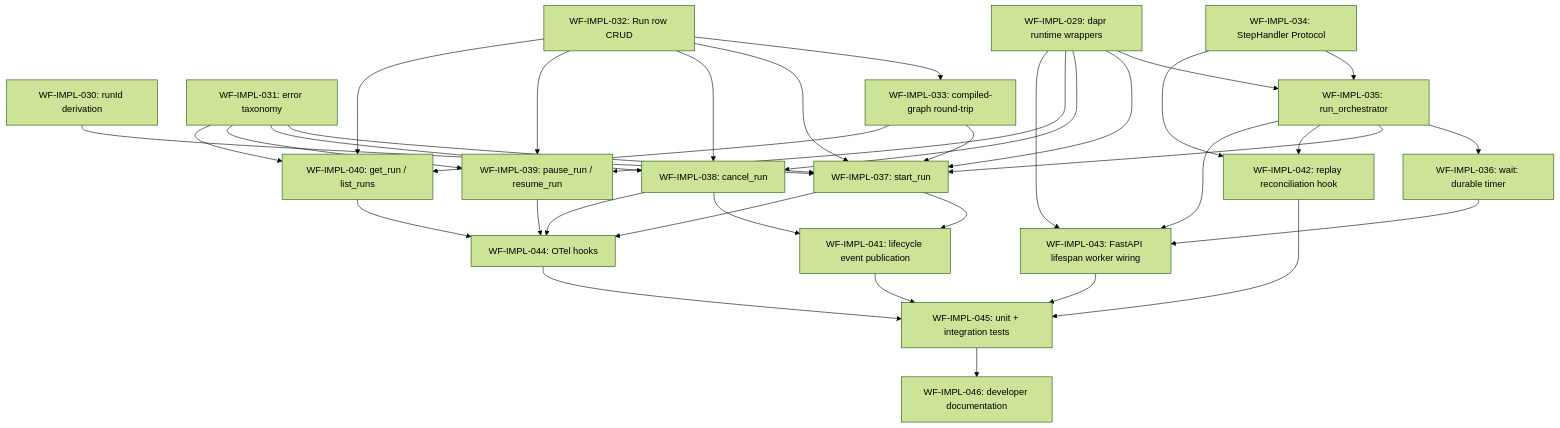
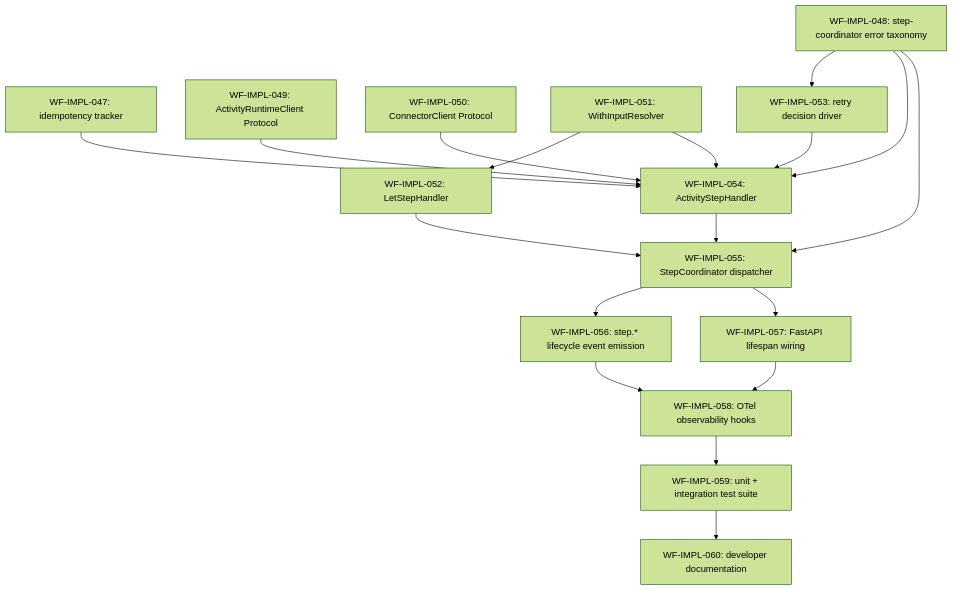
The diagram in design/components/workflow-service/implementation-plan.md (toddysm/custos), drawn with Mermaid (forest theme) before and after one commit. The commit also changed other lines of this file and 6 other files, not shown here.

````diff
--- a/design/components/workflow-service/implementation-plan.md
+++ b/design/components/workflow-service/implementation-plan.md
@@ -46,57 +35,39 @@
 ```mermaid
 flowchart TD
-    A029[WF-IMPL-029: dapr runtime wrappers]
-    A030[WF-IMPL-030: runId derivation]
-    A031[WF-IMPL-031: error taxonomy]
-    B032[WF-IMPL-032: Run row CRUD]
-    B033[WF-IMPL-033: compiled-graph round-trip]
-    C034[WF-IMPL-034: StepHandler Protocol]
-    C035[WF-IMPL-035: run_orchestrator]
-    C036[WF-IMPL-036: wait: durable timer]
-    D037[WF-IMPL-037: start_run]
-    D038[WF-IMPL-038: cancel_run]
-    D039[WF-IMPL-039: pause_run / resume_run]
-    D040[WF-IMPL-040: get_run / list_runs]
-    E041[WF-IMPL-041: lifecycle event publication]
-    E042[WF-IMPL-042: replay reconciliation hook]
-    E043[WF-IMPL-043: FastAPI lifespan worker wiring]
-    F044[WF-IMPL-044: OTel hooks]
-    F045[WF-IMPL-045: unit + integration tests]
-    F046[WF-IMPL-046: developer documentation]
+    A047[WF-IMPL-047: idempotency tracker]
+    A048[WF-IMPL-048: step-coordinator error taxonomy]
 
-    A029 --> C035
-    A029 --> D037
-    A029 --> D038
-    A029 --> D039
-    A029 --> E043
-    A030 --> D037
-    A031 --> D037
-    A031 --> D038
-    A031 --> D039
-    A031 --> D040
-    B032 --> B033
-    B032 --> D037
-    B032 --> D038
-    B032 --> D039
-    B032 --> D040
-    B033 --> D037
-    B033 --> D040
-    C034 --> C035
-    C034 --> E042
-    C035 --> C036
-    C035 --> D037
-    C035 --> E042
-    C035 --> E043
-    C036 --> E043
-    D037 --> E041
-    D038 --> E041
-    D037 --> F044
-    D038 --> F044
-    D039 --> F044
-    D040 --> F044
-    E041 --> F045
-    E042 --> F045
-    E043 --> F045
-    F044 --> F045
-    F045 --> F046
+    B049[WF-IMPL-049: ActivityRuntimeClient Protocol]
+    B050[WF-IMPL-050: ConnectorClient Protocol]
+
+    C051[WF-IMPL-051: WithInputResolver]
+    C052[WF-IMPL-052: LetStepHandler]
+    C053[WF-IMPL-053: retry decision driver]
+    C054[WF-IMPL-054: ActivityStepHandler]
+
+    D055[WF-IMPL-055: StepCoordinator dispatcher]
+    D056[WF-IMPL-056: step.* lifecycle event emission]
+    D057[WF-IMPL-057: FastAPI lifespan wiring]
+
+    E058[WF-IMPL-058: OTel observability hooks]
+    E059[WF-IMPL-059: unit + integration test suite]
+    E060[WF-IMPL-060: developer documentation]
+
+    A047 --> C054
+    A048 --> C053
+    A048 --> C054
+    A048 --> D055
+    B049 --> C054
+    B050 --> C054
+    C051 --> C052
+    C051 --> C054
+    C052 --> D055
+    C053 --> C054
+    C054 --> D055
+    D055 --> D056
+    D055 --> D057
+    D056 --> E058
+    D057 --> E058
+    E058 --> E059
+    E059 --> E060
 ```
````
